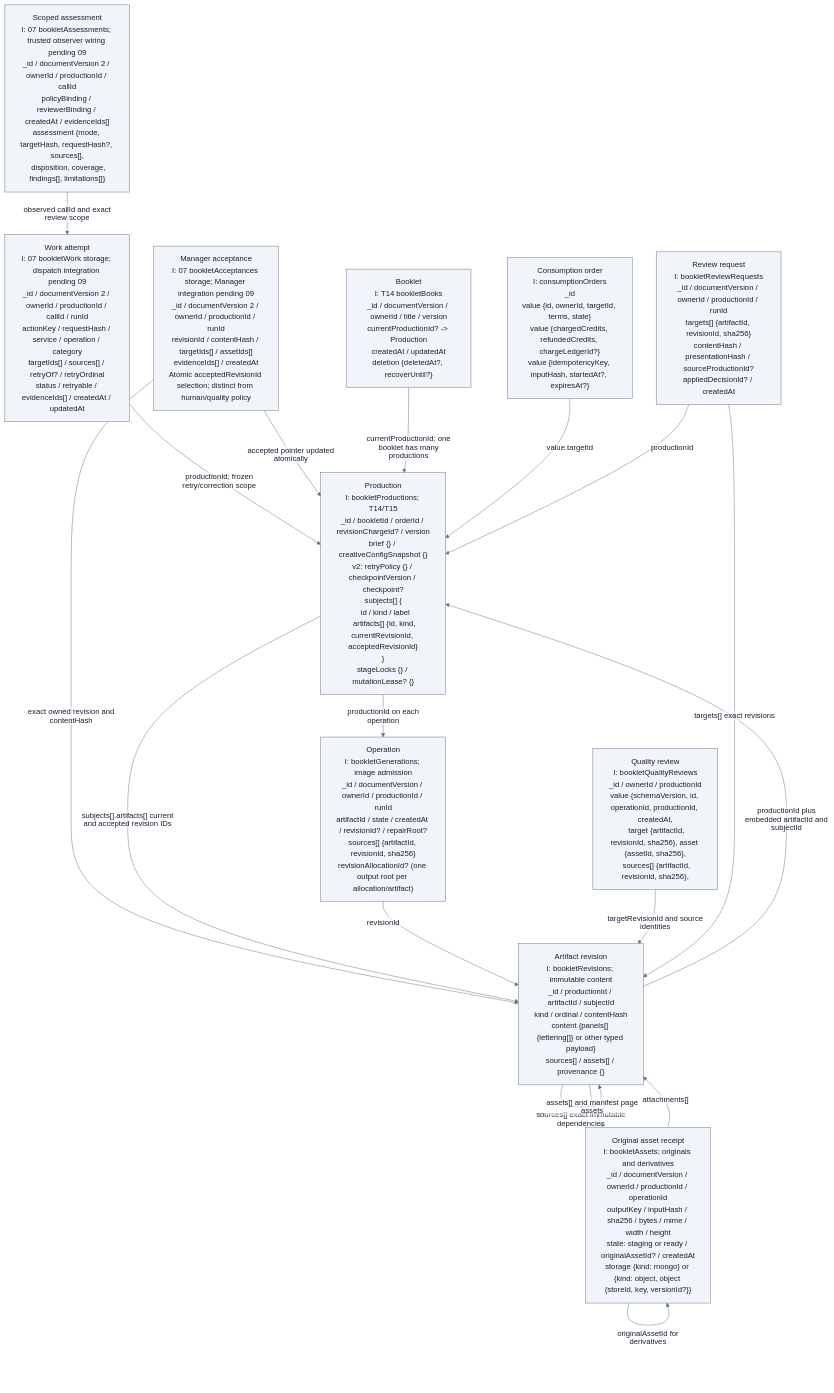
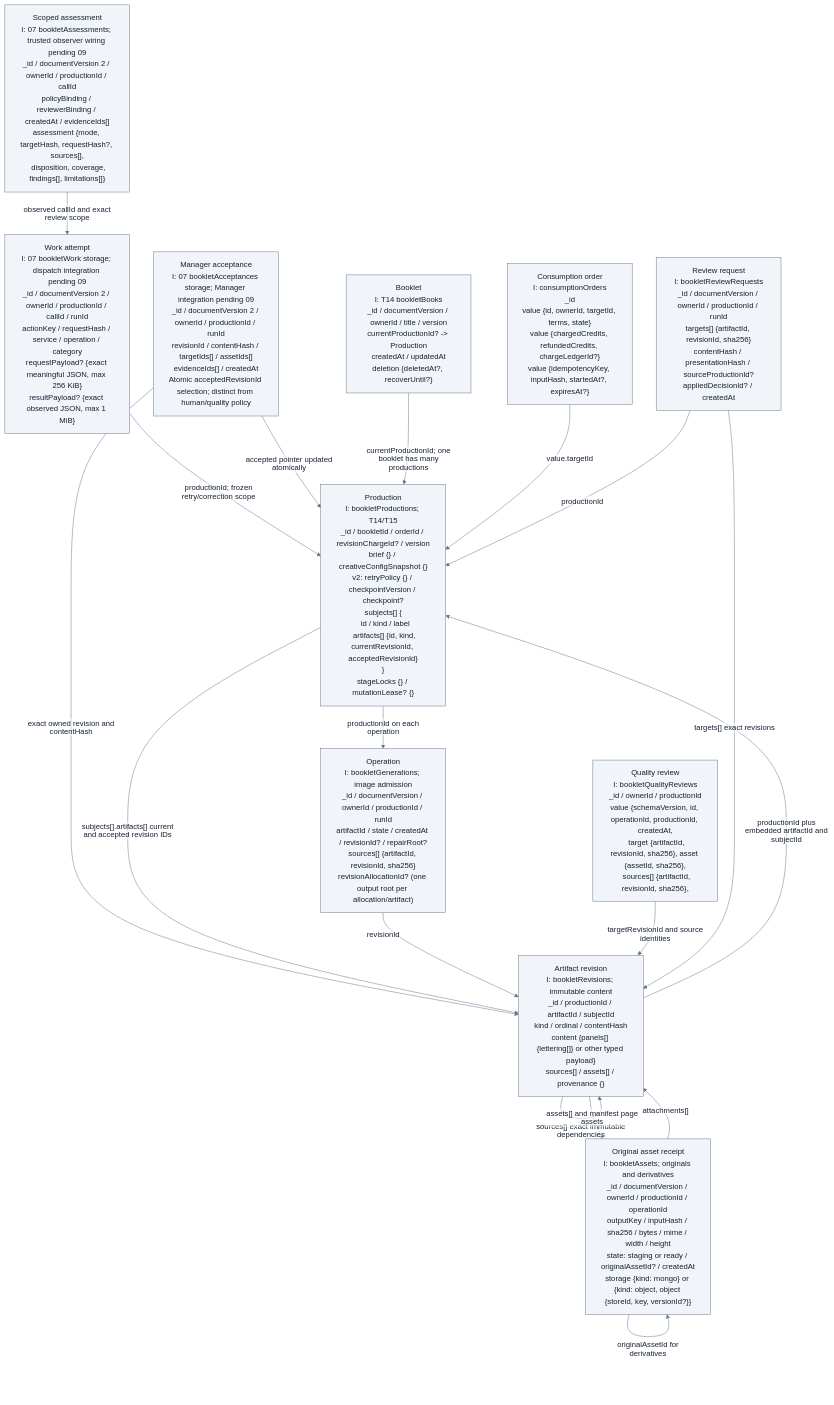
Before and after one commit to Uniwares-LTD/unitale: the diagram in docs/features/booklet-generation/model-core-mermaid.md, drawn with Mermaid. The commit also changed 20 other files, not shown here.

Commit message:
feat(booklet): retain v2 requests and observed child results

````diff
--- a/docs/features/booklet-generation/model-core-mermaid.md
+++ b/docs/features/booklet-generation/model-core-mermaid.md
@@ -11,32 +11,32 @@
 ```mermaid
 %%{init: {"theme":"base","themeVariables":{"primaryColor":"#f1f5f9","primaryTextColor":"#172033","primaryBorderColor":"#64748b","lineColor":"#64748b","edgeLabelBackground":"#ffffff"},"flowchart":{"htmlLabels":false,"useMaxWidth":false}}}%%
 flowchart TB
   Booklet["Booklet<br/>I: T14 bookletBooks<br/>_id / documentVersion / ownerId / title / version<br/>currentProductionId? -&gt; Production<br/>createdAt / updatedAt<br/>deletion {deletedAt?, recoverUntil?}"]
   Production["Production<br/>I: bookletProductions; T14/T15<br/>_id / bookletId / orderId / revisionChargeId? / version<br/>brief {} / creativeConfigSnapshot {}<br/>v2: retryPolicy {} / checkpointVersion / checkpoint?<br/>subjects[] {<br/>  id / kind / label<br/>  artifacts[] {id, kind, currentRevisionId, acceptedRevisionId}<br/>}<br/>stageLocks {} / mutationLease? {}"]
   Artifact_revision["Artifact revision<br/>I: bookletRevisions; immutable content<br/>_id / productionId / artifactId / subjectId<br/>kind / ordinal / contentHash<br/>content {panels[] {lettering[]} or other typed payload}<br/>sources[] / assets[] / provenance {}"]
-  Work_attempt["Work attempt<br/>I: 07 bookletWork storage; dispatch integration pending 09<br/>_id / documentVersion 2 / ownerId / productionId / callId / runId<br/>actionKey / requestHash / service / operation / category<br/>targetIds[] / sources[] / retryOf? / retryOrdinal<br/>status / retryable / evidenceIds[] / createdAt / updatedAt"]
+  Work_attempt["Work attempt<br/>I: 07 bookletWork storage; dispatch integration pending 09<br/>_id / documentVersion 2 / ownerId / productionId / callId / runId<br/>actionKey / requestHash / service / operation / category<br/>requestPayload? {exact meaningful JSON, max 256 KiB}<br/>resultPayload? {exact observed JSON, max 1 MiB}"]
   Scoped_assessment["Scoped assessment<br/>I: 07 bookletAssessments; trusted observer wiring pending 09<br/>_id / documentVersion 2 / ownerId / productionId / callId<br/>policyBinding / reviewerBinding / createdAt / evidenceIds[]<br/>assessment {mode, targetHash, requestHash?, sources[],<br/>  disposition, coverage, findings[], limitations[]}"]
   Manager_acceptance["Manager acceptance<br/>I: 07 bookletAcceptances storage; Manager integration pending 09<br/>_id / documentVersion 2 / ownerId / productionId / runId<br/>revisionId / contentHash / targetIds[] / assetIds[]<br/>evidenceIds[] / createdAt<br/>Atomic acceptedRevisionId selection; distinct from human/quality policy"]
   Operation["Operation<br/>I: bookletGenerations; image admission<br/>_id / documentVersion / ownerId / productionId / runId<br/>artifactId / state / createdAt / revisionId? / repairRoot?<br/>sources[] {artifactId, revisionId, sha256}<br/>revisionAllocationId? (one output root per allocation/artifact)"]
   Quality_review["Quality review<br/>I: bookletQualityReviews<br/>_id / ownerId / productionId<br/>value {schemaVersion, id, operationId, productionId, createdAt,<br/>  target {artifactId, revisionId, sha256}, asset {assetId, sha256},<br/>  sources[] {artifactId, revisionId, sha256},"]
   Original_asset_receipt["Original asset receipt<br/>I: bookletAssets; originals and derivatives<br/>_id / documentVersion / ownerId / productionId / operationId<br/>outputKey / inputHash / sha256 / bytes / mime / width / height<br/>state: staging or ready / originalAssetId? / createdAt<br/>storage {kind: mongo} or {kind: object, object {storeId, key, versionId?}}"]
   Consumption_order["Consumption order<br/>I: consumptionOrders<br/>_id<br/>value {id, ownerId, targetId, terms, state}<br/>value {chargedCredits, refundedCredits, chargeLedgerId?}<br/>value {idempotencyKey, inputHash, startedAt?, expiresAt?}"]
   Review_request["Review request<br/>I: bookletReviewRequests<br/>_id / documentVersion / ownerId / productionId / runId<br/>targets[] {artifactId, revisionId, sha256}<br/>contentHash / presentationHash / sourceProductionId?<br/>appliedDecisionId? / createdAt"]
   Work_attempt -->|"productionId; frozen retry/correction scope"| Production
   Scoped_assessment -->|"observed callId and exact review scope"| Work_attempt
   Manager_acceptance -->|"exact owned revision and contentHash"| Artifact_revision
   Manager_acceptance -->|"accepted pointer updated atomically"| Production
   Booklet -->|"currentProductionId; one booklet has many productions"| Production
   Production -->|"subjects[].artifacts[] current and accepted revision IDs"| Artifact_revision
   Artifact_revision -->|"productionId plus embedded artifactId and subjectId"| Production
   Artifact_revision -->|"sources[] exact immutable dependencies"| Artifact_revision
   Production -->|"productionId on each operation"| Operation
   Operation -->|"revisionId"| Artifact_revision
   Quality_review -->|"targetRevisionId and source identities"| Artifact_revision
   Artifact_revision -->|"assets[] and manifest page assets"| Original_asset_receipt
   Consumption_order -->|"value.targetId"| Production
   Review_request -->|"productionId"| Production
   Review_request -->|"targets[] exact revisions"| Artifact_revision
   Original_asset_receipt -->|"attachments[]"| Artifact_revision
   Original_asset_receipt -->|"originalAssetId for derivatives"| Original_asset_receipt
 ```
````
